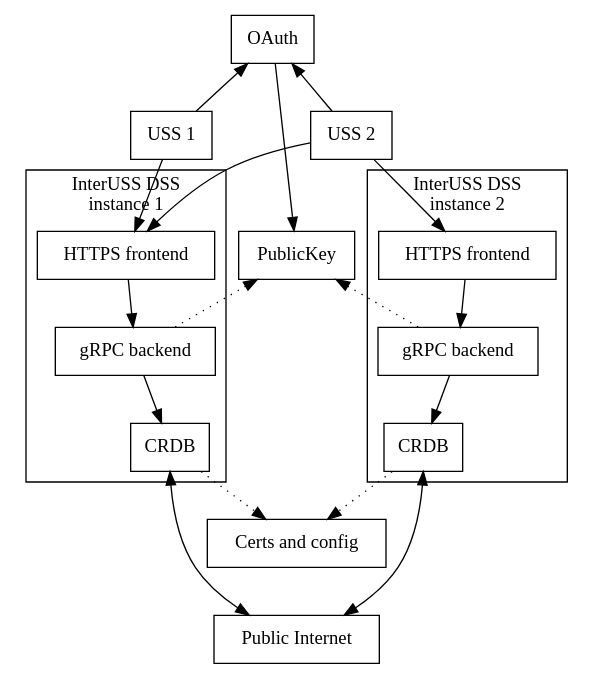
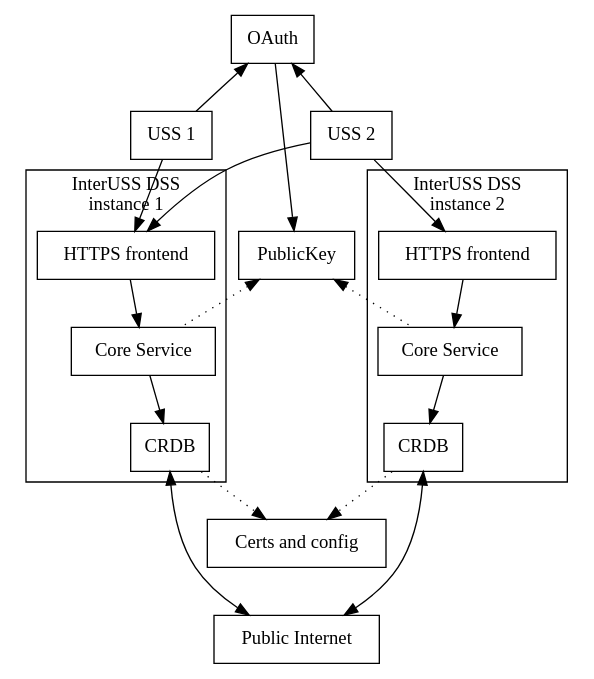
Before and after one commit to interuss/dss: the diagram in assets/simple_architecture.gv, drawn with Graphviz. The commit also changed 22 other files, not shown here.

Commit message:
Replace grpc-backend with core-service

```diff
--- a/assets/simple_architecture.gv
+++ b/assets/simple_architecture.gv
@@ -1,36 +1,36 @@
 // To render:
 //   dot -Tpng -ogenerated/simple_architecture.png simple_architecture.gv
 digraph G {
   node [shape=box];
   USS1 [label="USS 1"];
   USS2 [label="USS 2"];
   HTTPSFrontend1 [label="HTTPS frontend"];
   HTTPSFrontend2 [label="HTTPS frontend"];
-  gRPCBackend1 [label="gRPC backend"];
-  gRPCBackend2 [label="gRPC backend"];
+  CoreService1 [label="Core Service"];
+  CoreService2 [label="Core Service"];
   CRDB1 [label="CRDB"];
   CRDB2 [label="CRDB"];
   Certs [label="Certs and config"];
   PublicInternet [label="Public Internet"];
   OAuth -> PublicKey;
   USS1 -> HTTPSFrontend1;
   USS2 -> HTTPSFrontend1;
   subgraph cluster_0 {
     label="InterUSS DSS\ninstance 1";
-    HTTPSFrontend1 -> gRPCBackend1 -> CRDB1;
+    HTTPSFrontend1 -> CoreService1 -> CRDB1;
   }
   USS2 -> HTTPSFrontend2;
   subgraph cluster_1 {
     label="InterUSS DSS\ninstance 2";
-    HTTPSFrontend2 -> gRPCBackend2 -> CRDB2;
+    HTTPSFrontend2 -> CoreService2 -> CRDB2;
   }
   CRDB1 -> PublicInternet [dir=both];
   CRDB2 -> PublicInternet [dir=both];
   OAuth -> USS1 [dir=back];
   OAuth -> USS2 [dir=back];
-  PublicKey -> gRPCBackend1 [dir=back,style=dotted];
-  PublicKey -> gRPCBackend2 [dir=back,style=dotted];
+  PublicKey -> CoreService1 [dir=back,style=dotted];
+  PublicKey -> CoreService2 [dir=back,style=dotted];
   CRDB1 -> Certs [style=dotted];
   CRDB2 -> Certs [style=dotted];
   Certs -> PublicInternet [dir=none,color=transparent];
 }
```
